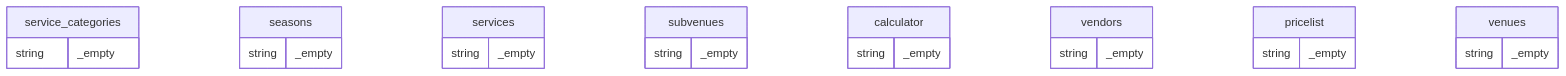
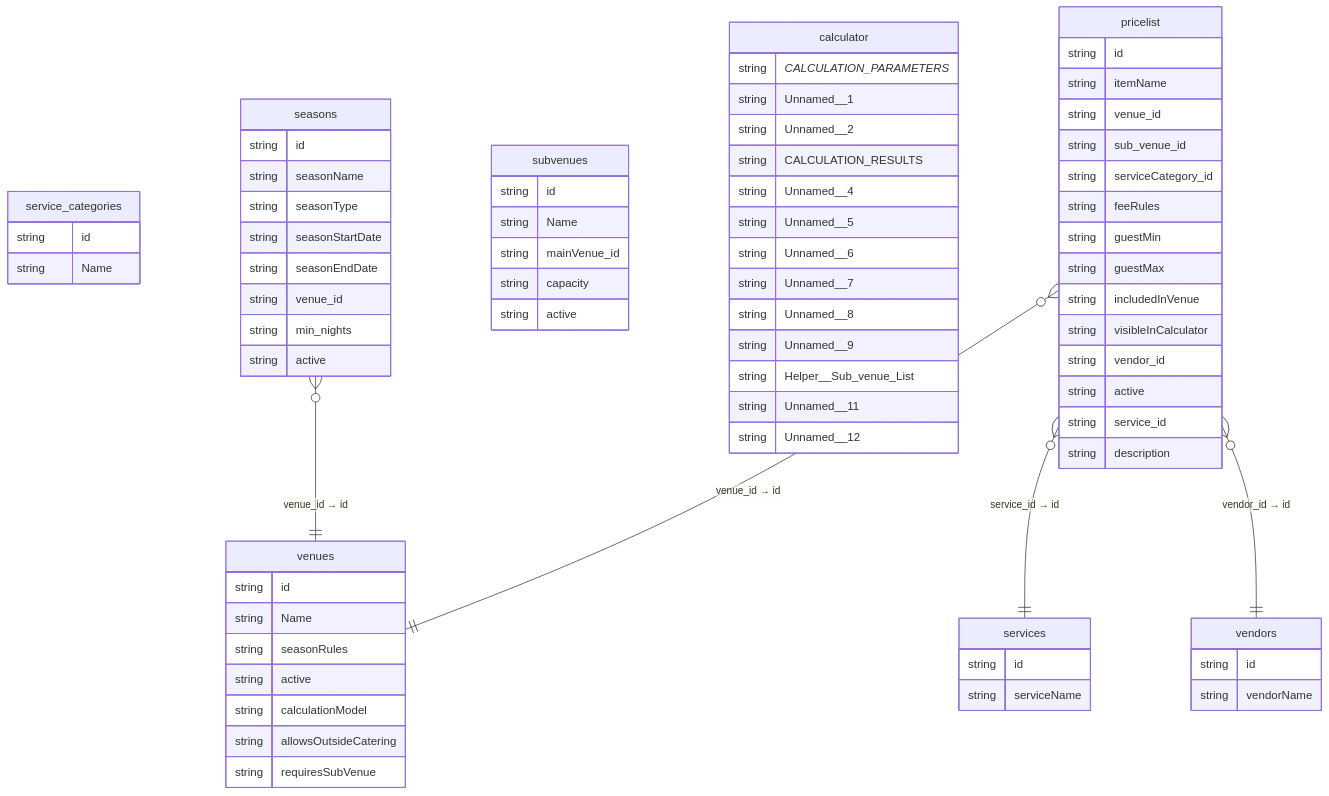
The diagram in docs/ERD.md (thesevenagency/wedding-calculator-handover), drawn with Mermaid before and after one commit. The commit also changed other lines of this file and 2 other files, not shown here.

Commit message:
docs: add build_docs.py; rebuild ERD/README

````diff
--- a/docs/ERD.md
+++ b/docs/ERD.md
@@ -5,27 +3,76 @@
 ```mermaid
 erDiagram
   service_categories {
-    string _empty
+    string id
+    string Name
   }
   seasons {
-    string _empty
+    string id
+    string seasonName
+    string seasonType
+    string seasonStartDate
+    string seasonEndDate
+    string venue_id
+    string min_nights
+    string active
   }
   services {
-    string _empty
+    string id
+    string serviceName
   }
   subvenues {
-    string _empty
+    string id
+    string Name
+    string mainVenue_id
+    string capacity
+    string active
   }
   calculator {
-    string _empty
+    string _CALCULATION_PARAMETERS_
+    string Unnamed__1
+    string Unnamed__2
+    string CALCULATION_RESULTS
+    string Unnamed__4
+    string Unnamed__5
+    string Unnamed__6
+    string Unnamed__7
+    string Unnamed__8
+    string Unnamed__9
+    string Helper__Sub_venue_List
+    string Unnamed__11
+    string Unnamed__12
   }
   vendors {
-    string _empty
+    string id
+    string vendorName
   }
   pricelist {
-    string _empty
+    string id
+    string itemName
+    string venue_id
+    string sub_venue_id
+    string serviceCategory_id
+    string feeRules
+    string guestMin
+    string guestMax
+    string includedInVenue
+    string visibleInCalculator
+    string vendor_id
+    string active
+    string service_id
+    string description
   }
   venues {
-    string _empty
+    string id
+    string Name
+    string seasonRules
+    string active
+    string calculationModel
+    string allowsOutsideCatering
+    string requiresSubVenue
   }
+  seasons }o--|| venues : "venue_id → id"
+  pricelist }o--|| services : "service_id → id"
+  pricelist }o--|| vendors : "vendor_id → id"
+  pricelist }o--|| venues : "venue_id → id"
 ```
````
